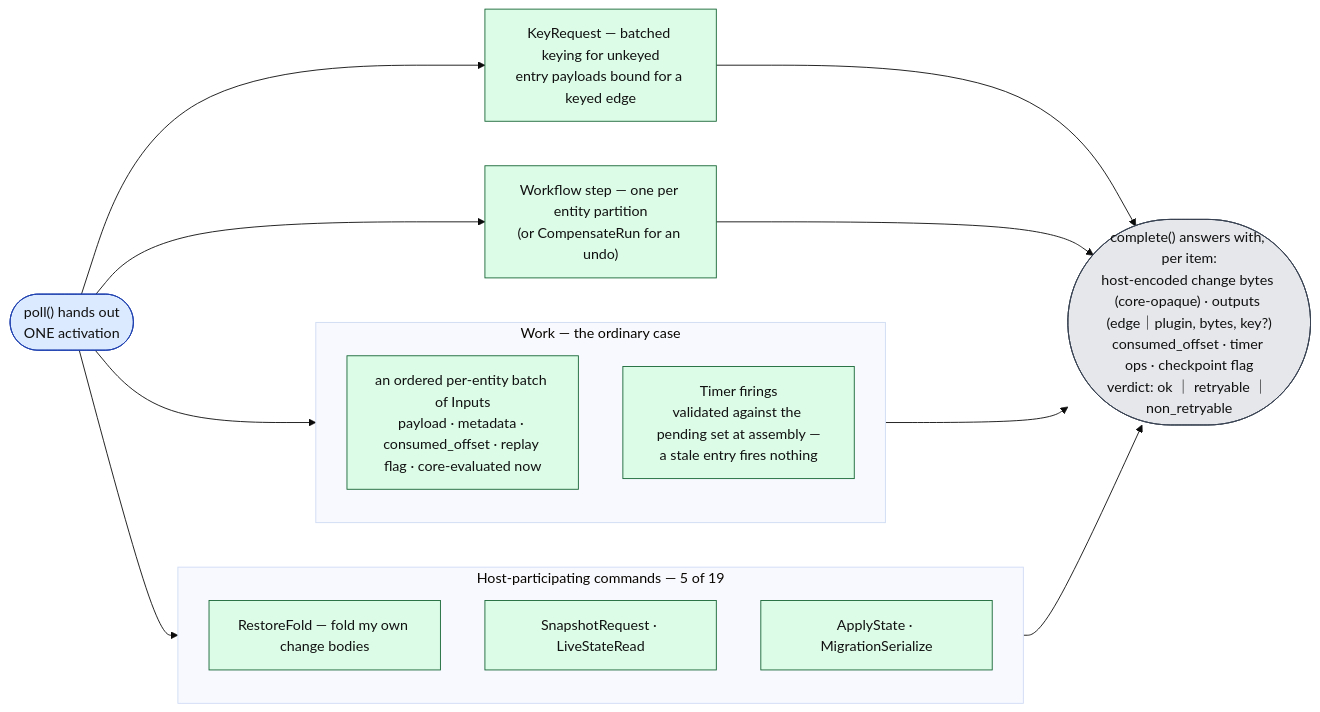
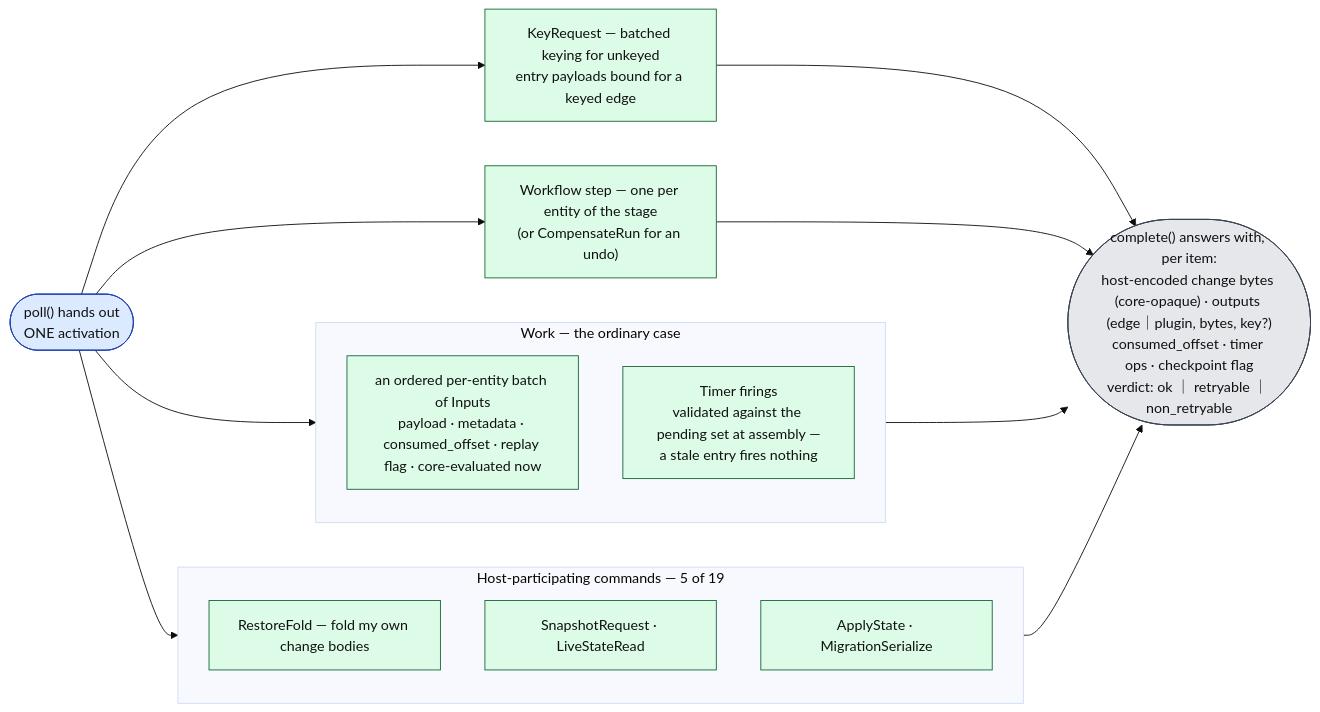
One commit to Flezha/flezha changed the third of 8 diagrams in docs/architecture/runner.md. Above: the diagram before and after it, drawn with Mermaid (base theme). The commit also changed other lines of this file and 22 other files, not shown here.

First line of the commit message:
docs: sync diagrams and docs with partitions, the remote tier, and the single-actor control plane

````diff
--- a/docs/architecture/runner.md
+++ b/docs/architecture/runner.md
@@ -91,36 +91,36 @@
 ```mermaid
 flowchart LR
     POLL(["poll() hands out<br/>ONE activation"]):::ctrl
 
     subgraph WORK["Work — the ordinary case"]
         direction TB
         W1["an ordered per-entity batch of Inputs<br/>payload · metadata · consumed_offset · replay flag · core-evaluated now"]:::exec
         W2["Timer firings<br/>validated against the pending set at assembly —<br/>a stale entry fires nothing"]:::exec
     end
 
     subgraph CMD["Host-participating commands — 5 of 19"]
         direction TB
         M1["RestoreFold — fold my own change bodies"]:::exec
         M2["SnapshotRequest · LiveStateRead"]:::exec
         M3["ApplyState · MigrationSerialize"]:::exec
     end
 
     KR["KeyRequest — batched keying for unkeyed<br/>entry payloads bound for a keyed edge"]:::exec
-    BS["Workflow step — one per entity partition<br/>(or CompensateRun for an undo)"]:::exec
+    BS["Workflow step — one per entity of the stage<br/>(or CompensateRun for an undo)"]:::exec
 
     POLL --> WORK
     POLL --> CMD
     POLL --> KR
     POLL --> BS
 
     RES(["complete() answers with, per item:<br/>host-encoded change bytes (core-opaque) · outputs (edge｜plugin, bytes, key?)<br/>consumed_offset · timer ops · checkpoint flag<br/>verdict: ok ｜ retryable ｜ non_retryable"]):::store
 
     WORK --> RES
     CMD --> RES
     KR --> RES
     BS --> RES
 
     classDef ctrl fill:#dbeafe,stroke:#1e40af,color:#111
     classDef exec fill:#dcfce7,stroke:#166534,color:#111
     classDef store fill:#e5e7eb,stroke:#374151,color:#111
 ```
````
